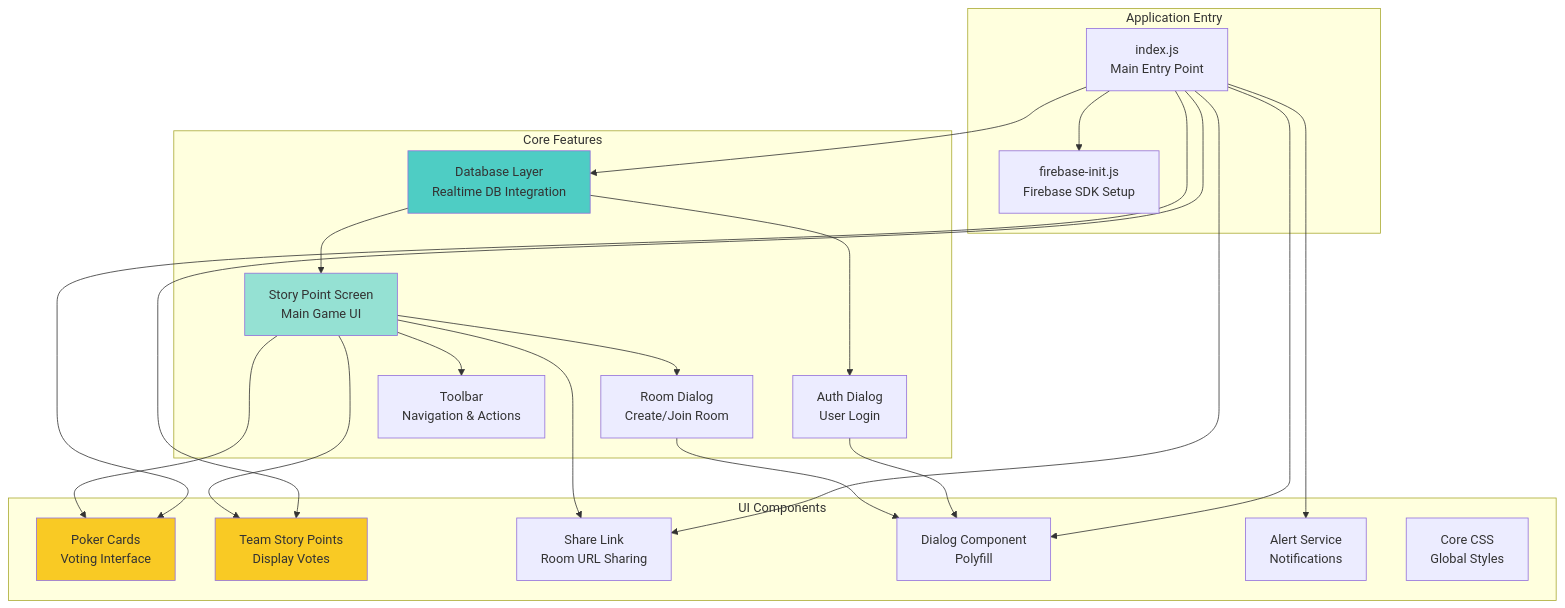
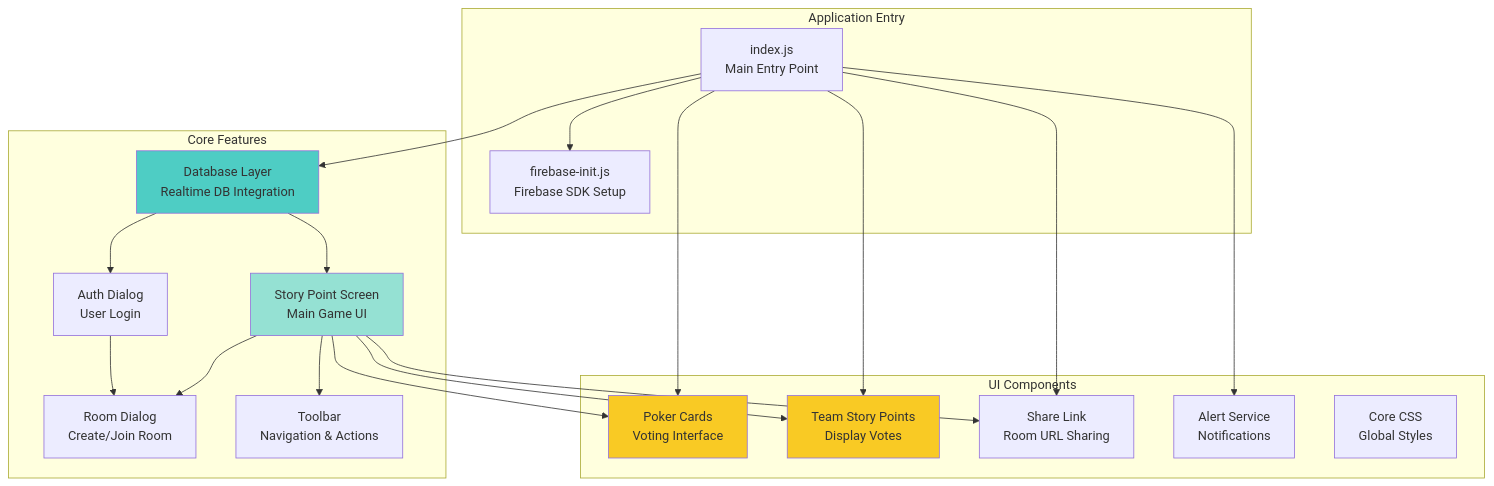
The first of 2 diagrams in README.MD (poly-glot/agile-poker), drawn with Mermaid before and after one commit. The commit also changed other lines of this file and 3 other files, not shown here.

Commit message:
docs: documented architecture, user journey and component architecture

````diff
--- a/README.MD
+++ b/README.MD
@@ -119,47 +150,44 @@
 ```mermaid
 graph TD
     subgraph "Application Entry"
         Index[index.js<br/>Main Entry Point]
         FirebaseInit[firebase-init.js<br/>Firebase SDK Setup]
     end
 
     subgraph "Core Features"
         Database[Database Layer<br/>Realtime DB Integration]
         AuthDialog[Auth Dialog<br/>User Login]
         RoomDialog[Room Dialog<br/>Create/Join Room]
         StoryPointScreen[Story Point Screen<br/>Main Game UI]
         Toolbar[Toolbar<br/>Navigation & Actions]
     end
 
     subgraph "UI Components"
         PokerCards[Poker Cards<br/>Voting Interface]
         TeamStoryPoints[Team Story Points<br/>Display Votes]
         ShareLink[Share Link<br/>Room URL Sharing]
-        Dialog[Dialog Component<br/>Polyfill]
         Alert[Alert Service<br/>Notifications]
         CoreCSS[Core CSS<br/>Global Styles]
     end
 
     Index --> FirebaseInit
     Index --> Database
     Index --> Alert
     Index --> PokerCards
     Index --> TeamStoryPoints
     Index --> ShareLink
-    Index --> Dialog
 
     Database --> AuthDialog
     Database --> StoryPointScreen
-    AuthDialog --> Dialog
-    RoomDialog --> Dialog
+    AuthDialog --> RoomDialog
     StoryPointScreen --> RoomDialog
     StoryPointScreen --> Toolbar
     StoryPointScreen --> PokerCards
     StoryPointScreen --> TeamStoryPoints
     StoryPointScreen --> ShareLink
 
     style Database fill:#4ecdc4
     style StoryPointScreen fill:#95e1d3
     style PokerCards fill:#f9ca24
     style TeamStoryPoints fill:#f9ca24
 ```
````
